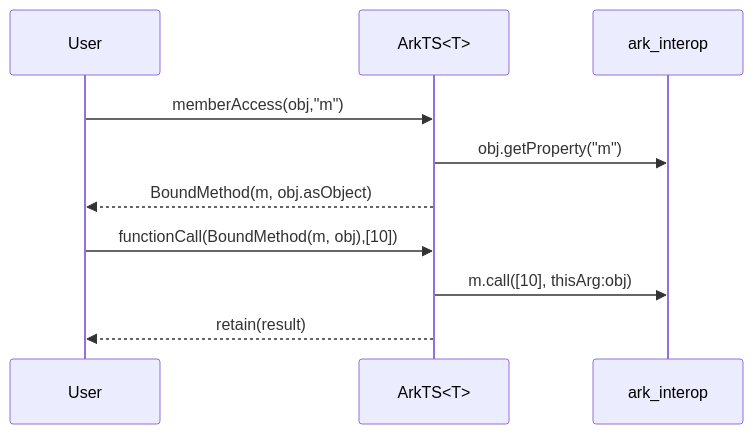
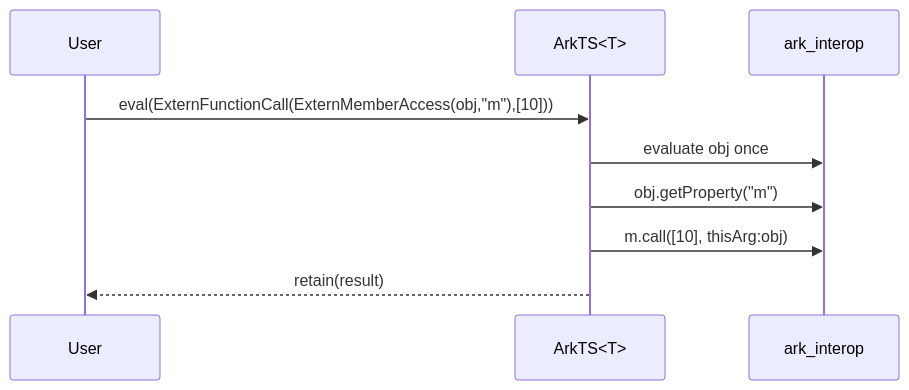
Before and after one commit to belolourenco/cangjie_interop_architecture: the second of 2 diagrams in docs/arkts_runtime_design.md, drawn with Mermaid. The commit also changed other lines of this file and 9 other files, not shown here.

````diff
--- a/docs/arkts_runtime_design.md
+++ b/docs/arkts_runtime_design.md
@@ -343,12 +484,11 @@
 ```mermaid
 sequenceDiagram
     participant U as User
     participant A as ArkTS<T>
     participant O as ark_interop
-    U->>A: memberAccess(obj,"m")
+    U->>A: eval(ExternFunctionCall(ExternMemberAccess(obj,"m"),[10]))
+    A->>O: evaluate obj once
     A->>O: obj.getProperty("m")
-    A-->>U: BoundMethod(m, obj.asObject)
-    U->>A: functionCall(BoundMethod(m, obj),[10])
     A->>O: m.call([10], thisArg:obj)
     A-->>U: retain(result)
 ```
````
